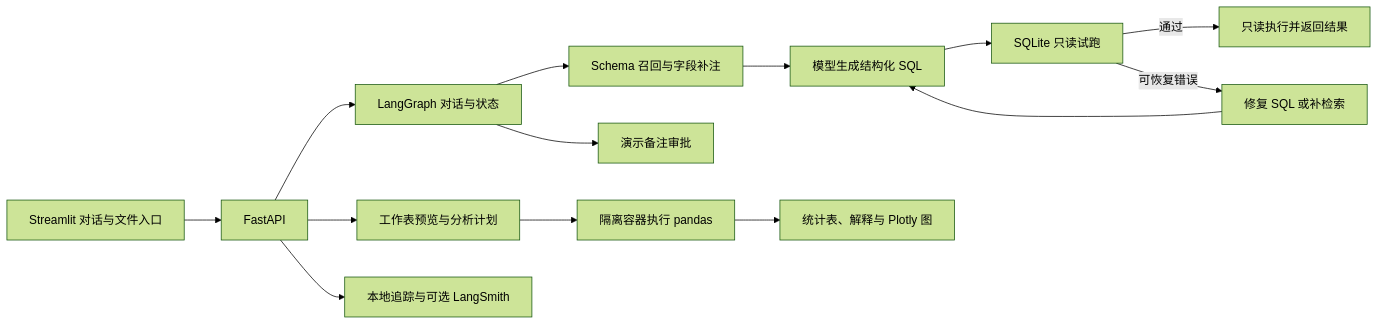
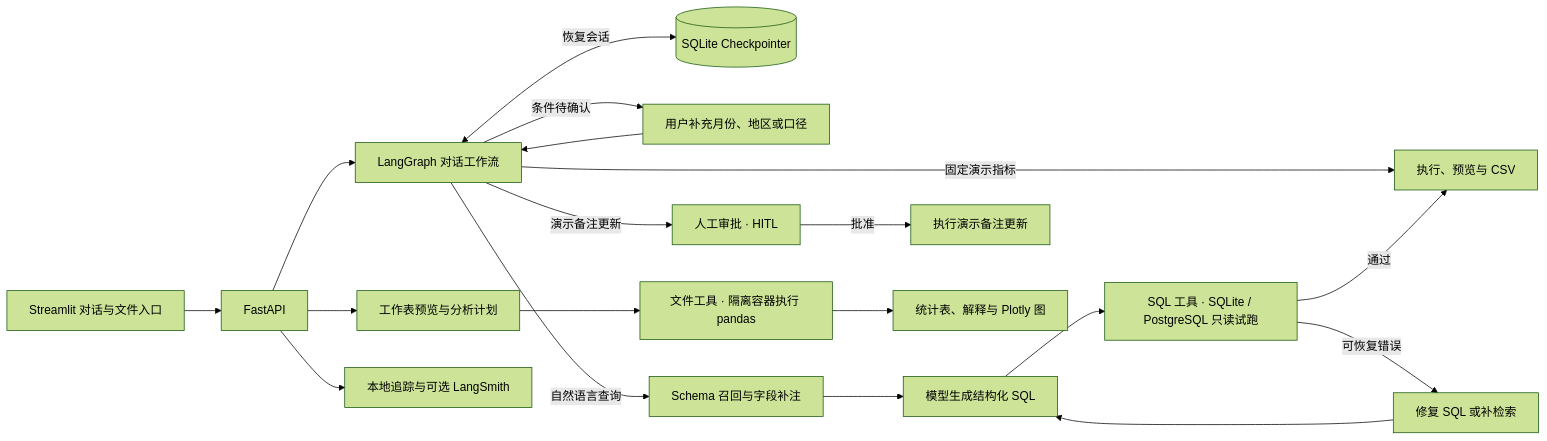
Before and after one commit to 15016623369a-spe/text2sql-agent: the diagram in README.md, drawn with Mermaid (forest theme). The commit also changed other lines of this file and 91 other files, not shown here.

````diff
--- a/README.md
+++ b/README.md
@@ -44,16 +56,21 @@
 ```mermaid
 flowchart LR
     UI["Streamlit 对话与文件入口"] --> API["FastAPI"]
-    API --> Chat["LangGraph 对话与状态"]
-    Chat --> RAG["Schema 召回与字段补注"]
+    API --> Chat["LangGraph 对话工作流"]
+    Chat <-->|"恢复会话"| State[("SQLite Checkpointer")]
+    Chat -->|"条件待确认"| Clarify["用户补充月份、地区或口径"]
+    Clarify --> Chat
+    Chat -->|"固定演示指标"| Run
+    Chat -->|"自然语言查询"| RAG["Schema 召回与字段补注"]
     RAG --> SQL["模型生成结构化 SQL"]
-    SQL --> Check["SQLite 只读试跑"]
-    Check -->|"通过"| Run["只读执行并返回结果"]
+    SQL --> Check["SQL 工具 · SQLite / PostgreSQL 只读试跑"]
+    Check -->|"通过"| Run["执行、预览与 CSV"]
     Check -->|"可恢复错误"| Repair["修复 SQL 或补检索"]
     Repair --> SQL
-    Chat --> Approval["演示备注审批"]
+    Chat -->|"演示备注更新"| Approval["人工审批 · HITL"]
+    Approval -->|"批准"| Write["执行演示备注更新"]
     API --> File["工作表预览与分析计划"]
-    File --> Worker["隔离容器执行 pandas"]
+    File --> Worker["文件工具 · 隔离容器执行 pandas"]
     Worker --> Report["统计表、解释与 Plotly 图"]
     API --> Trace["本地追踪与可选 LangSmith"]
 ```
````
